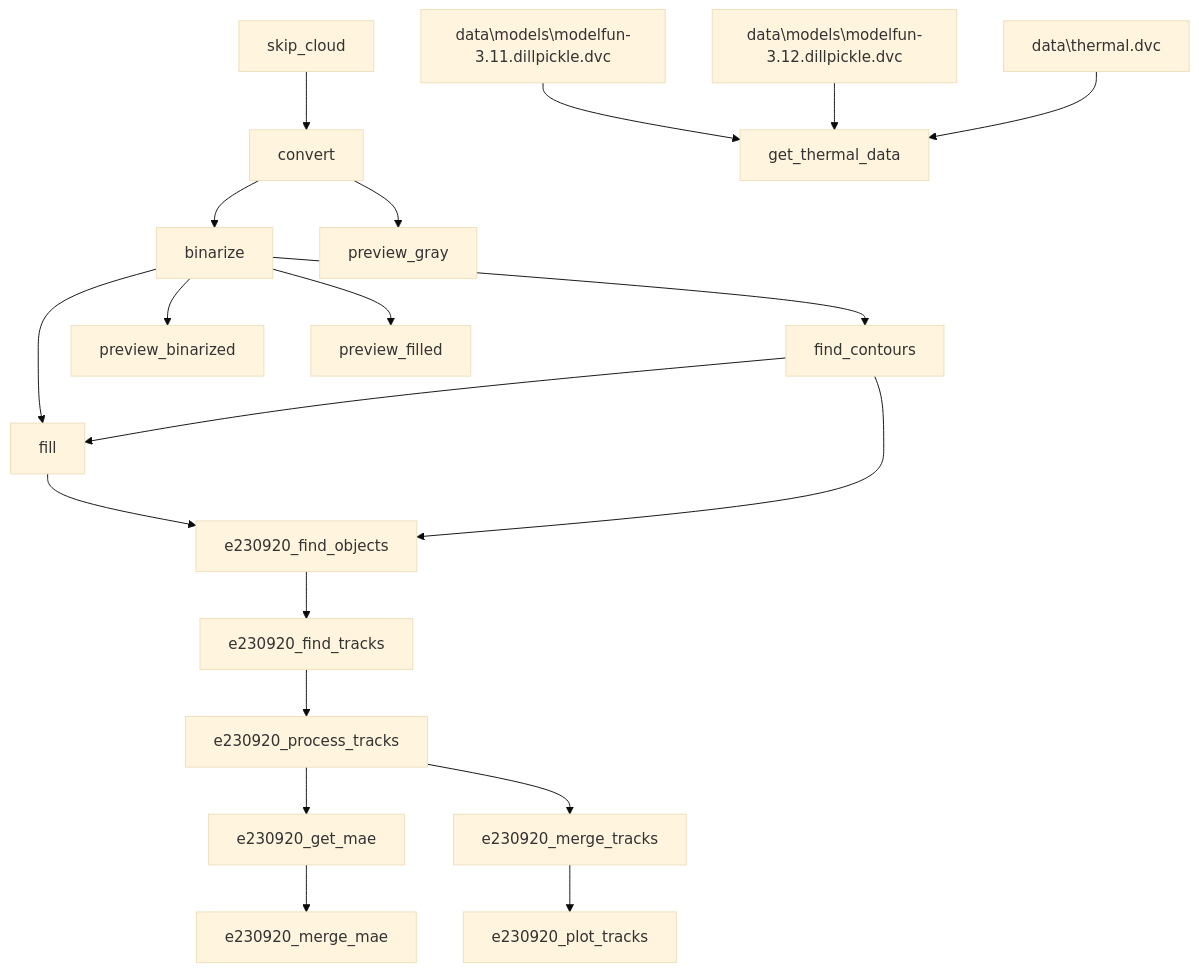
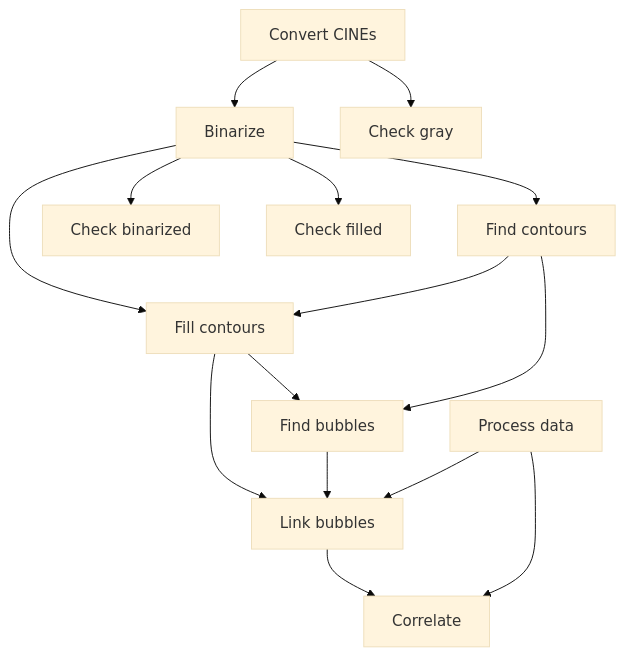
One commit to softboiler/boilercv changed the diagram in docs/_static/dag.md. Above: the diagram before and after it, drawn with Mermaid (base theme). The commit also changed 1 other file, not shown here.

Commit message:
Update DAG

````diff
--- a/docs/_static/dag.md
+++ b/docs/_static/dag.md
@@ -1,41 +1,28 @@
 ```{mermaid}
 flowchart TD
- node1["binarize"]
- node2["convert"]
- node3["e230920_find_objects"]
- node4["e230920_find_tracks"]
- node5["e230920_get_mae"]
- node6["e230920_merge_mae"]
- node7["e230920_merge_tracks"]
- node8["e230920_plot_tracks"]
- node9["e230920_process_tracks"]
- node10["fill"]
- node11["find_contours"]
- node12["preview_binarized"]
- node13["preview_filled"]
- node14["preview_gray"]
- node15["skip_cloud"]
- node1-->node10
- node1-->node11
+ node1["Binarize"]
+ node2["Convert CINEs"]
+ node6["Fill contours"]
+ node7["Find contours"]
+ node8["Find bubbles"]
+ node9["Link bubbles"]
+ node10["Correlate"]
+ node11["Process data"]
+ node12["Check binarized"]
+ node13["Check filled"]
+ node14["Check gray"]
+ node1-->node6
+ node1-->node7
  node1-->node12
  node1-->node13
  node2-->node1
  node2-->node14
- node3-->node4
- node4-->node9
- node5-->node6
+ node6-->node8
+ node6-->node9
+ node7-->node6
  node7-->node8
- node9-->node5
- node9-->node7
- node10-->node3
- node11-->node3
+ node8-->node9
+ node9-->node10
+ node11-->node9
  node11-->node10
- node15-->node2
- node16["data\models\modelfun-3.11.dillpickle.dvc"]
- node17["data\models\modelfun-3.12.dillpickle.dvc"]
- node18["data\thermal.dvc"]
- node19["get_thermal_data"]
- node16-->node19
- node17-->node19
- node18-->node19
 ```
````
